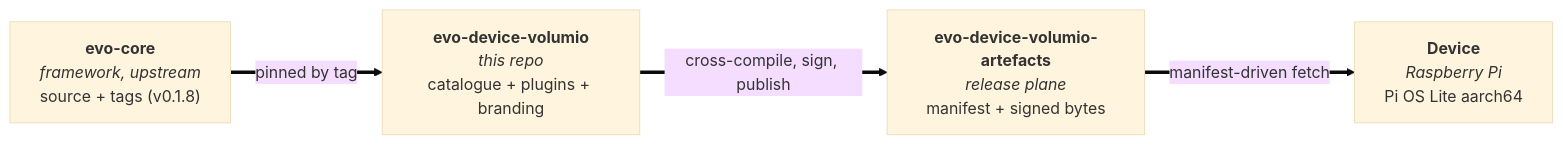
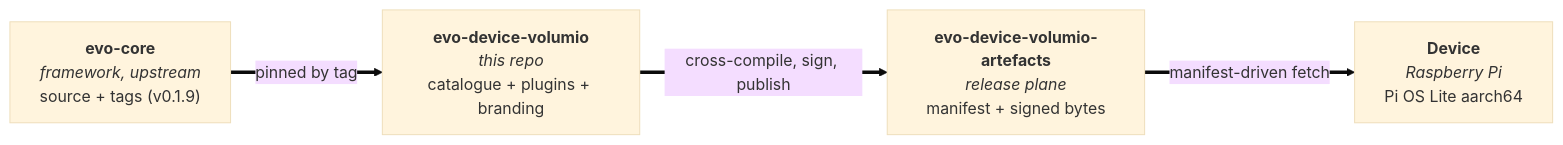
The first of 2 diagrams in README.md (foonerd/evo-device-volumio), drawn with Mermaid (base theme) before and after one commit. The commit also changed other lines of this file and 14 other files, not shown here.

First line of the commit message:
feat(playback): subject assertion and evo-core 0.1.9 alignment

````diff
--- a/README.md
+++ b/README.md
@@ -11,11 +11,11 @@
 ```mermaid
 flowchart LR
-    core["<b>evo-core</b><br/><i>framework, upstream</i><br/>source + tags (v0.1.8)"]
+    core["<b>evo-core</b><br/><i>framework, upstream</i><br/>source + tags (v0.1.9)"]
     src["<b>evo-device-volumio</b><br/><i>this repo</i><br/>catalogue + plugins + branding"]
     art["<b>evo-device-volumio-artefacts</b><br/><i>release plane</i><br/>manifest + signed bytes"]
     dev["<b>Device</b><br/><i>Raspberry Pi</i><br/>Pi OS Lite aarch64"]
 
     core ==>|pinned by tag| src
     src ==>|cross-compile, sign, publish| art
     art ==>|manifest-driven fetch| dev
 ```
````
